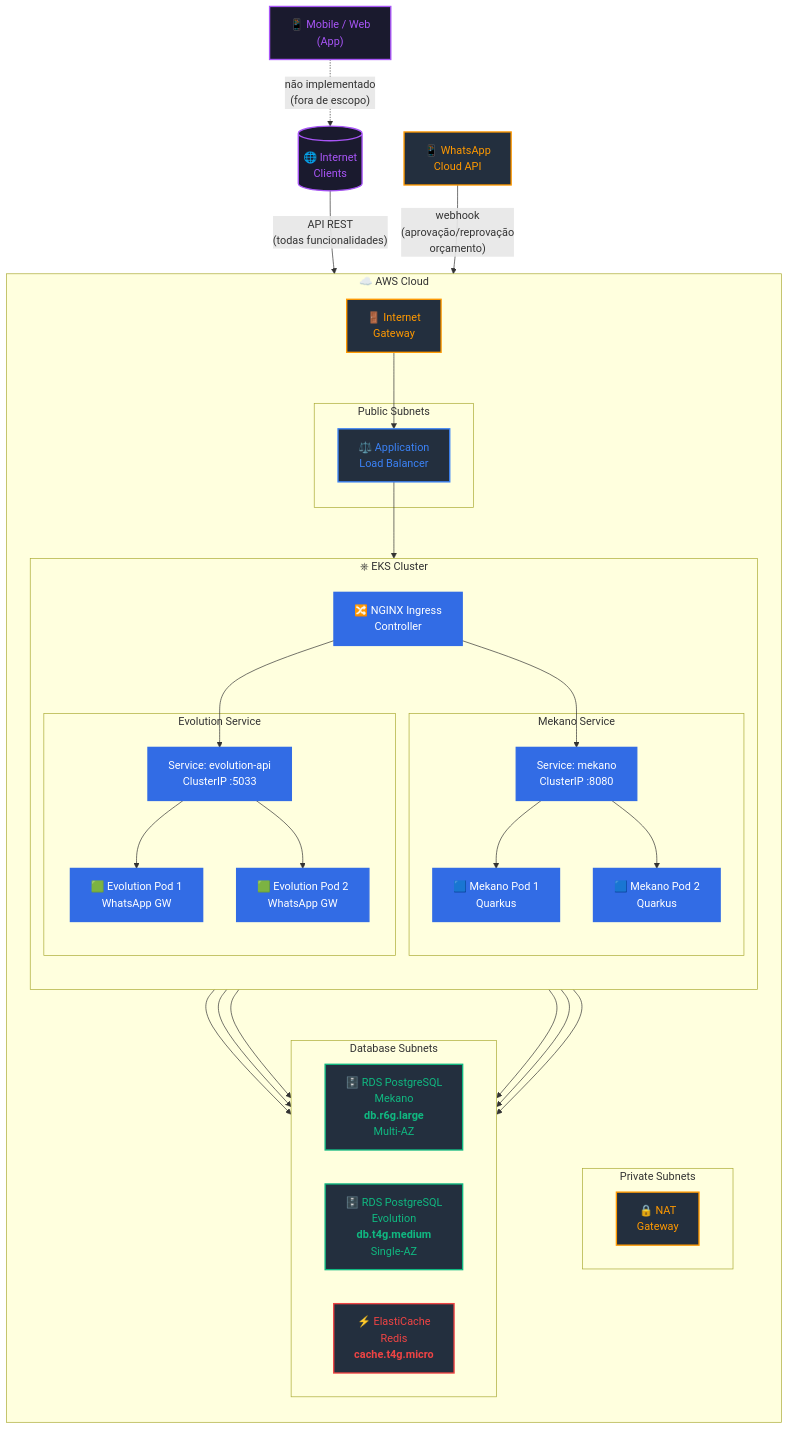
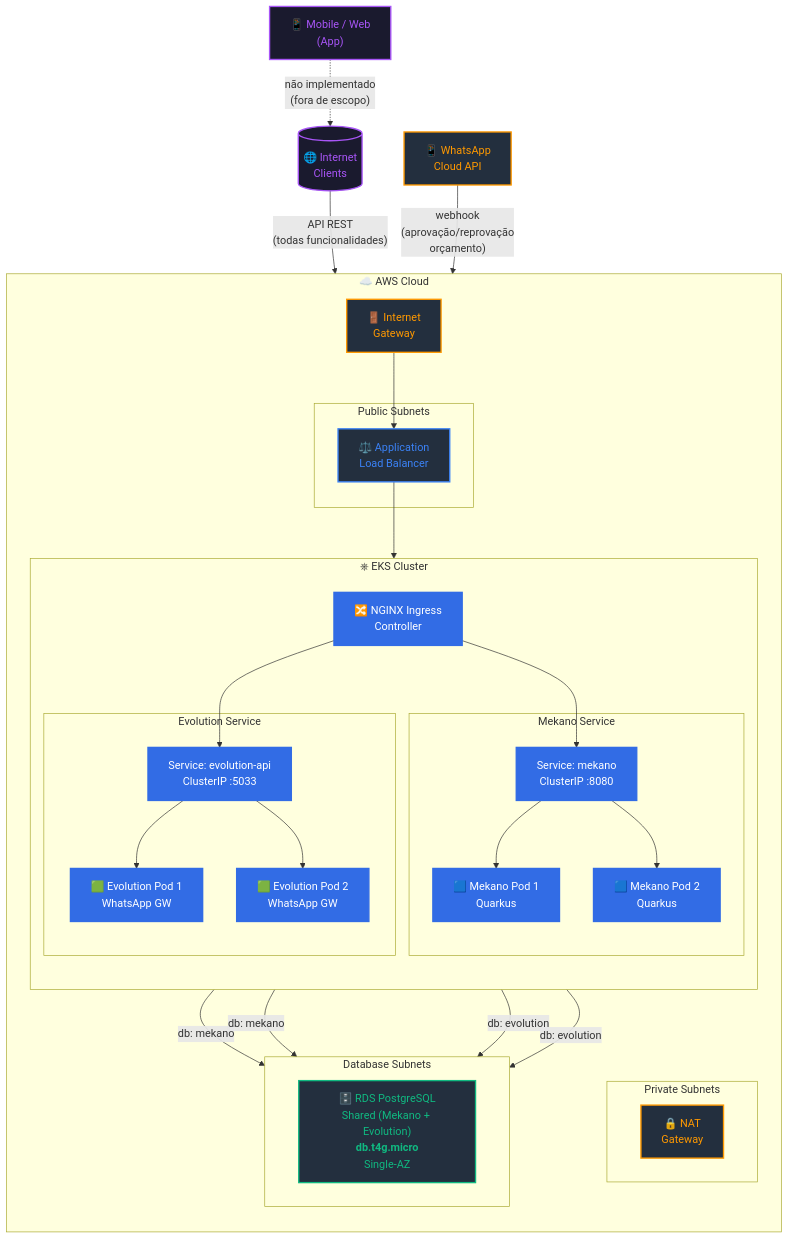
The first of 3 diagrams in docs/aws-infrastructure/global-scope-architecture.md (FIAP-SOFTWARE-ARCHITECTURE-TEAM/Mekano-API), drawn with Mermaid before and after one commit. The commit also changed other lines of this file and 1 other file, not shown here.

Commit message:
feat: update VPC and global architecture diagrams for shared database integration

````diff
--- a/docs/aws-infrastructure/global-scope-architecture.md
+++ b/docs/aws-infrastructure/global-scope-architecture.md
@@ -10,79 +10,73 @@
 ```mermaid
 graph TB
     classDef internet fill:#1a1a2e,color:#fff,stroke:#16213e,stroke-width:2px
     classDef aws_network fill:#232f3e,color:#ff9900,stroke:#ff9900,stroke-width:2px
     classDef aws_compute fill:#232f3e,color:#3b82f6,stroke:#3b82f6,stroke-width:2px
     classDef aws_database fill:#232f3e,color:#10b981,stroke:#10b981,stroke-width:2px
-    classDef aws_cache fill:#232f3e,color:#ef4444,stroke:#ef4444,stroke-width:2px
     classDef external fill:#1a1a2e,color:#a855f7,stroke:#a855f7,stroke-width:2px
     classDef k8s fill:#326ce5,color:#fff,stroke:#326ce5,stroke-width:2px
 
     CLIENT[("🌐 Internet<br/>Clients")]
     MOBILE["📱 Mobile / Web<br/>(App)"]
     EXT_API["📱 WhatsApp<br/>Cloud API"]
 
     subgraph AWS["☁️ AWS Cloud"]
         direction TB
 
         IGW["🚪 Internet<br/>Gateway"]
 
         subgraph PUBLIC["Public Subnets"]
             ALB["⚖️ Application<br/>Load Balancer"]
         end
 
         subgraph EKS["⎈ EKS Cluster"]
             direction TB
             INGRESS["🔀 NGINX Ingress<br/>Controller"]
 
             subgraph MEKANO_APP["Mekano Service"]
                 SVC_MEK["Service: mekano<br/>ClusterIP :8080"]
                 POD_M1["🟦 Mekano Pod 1<br/>Quarkus"]
                 POD_M2["🟦 Mekano Pod 2<br/>Quarkus"]
             end
 
             subgraph EVOLUTION_APP["Evolution Service"]
                 SVC_EVO["Service: evolution-api<br/>ClusterIP :5033"]
                 POD_E1["🟩 Evolution Pod 1<br/>WhatsApp GW"]
                 POD_E2["🟩 Evolution Pod 2<br/>WhatsApp GW"]
             end
         end
 
         subgraph PRIVATE["Private Subnets"]
             NAT["🔒 NAT<br/>Gateway"]
         end
 
-        subgraph DATABASE["Database Subnets"]
-            direction LR
-            RDS_MEK["🗄️ RDS PostgreSQL<br/>Mekano<br/><b>db.r6g.large</b><br/>Multi-AZ"]
-            RDS_EVO["🗄️ RDS PostgreSQL<br/>Evolution<br/><b>db.t4g.medium</b><br/>Single-AZ"]
-            REDIS["⚡ ElastiCache<br/>Redis<br/><b>cache.t4g.micro</b>"]
-        end
+    subgraph DATABASE["Database Subnets"]
+        direction LR
+        RDS["🗄️ RDS PostgreSQL<br/>Shared (Mekano + Evolution)<br/><b>db.t4g.micro</b><br/>Single-AZ"]
+    end
     end
 
     CLIENT -->|"API REST<br/>(todas funcionalidades)"| IGW
     MOBILE -.->|"não implementado<br/>(fora de escopo)"| CLIENT
     EXT_API -->|"webhook<br/>(aprovação/reprovação<br/>orçamento)"| IGW
     IGW --> ALB
     ALB --> INGRESS
     INGRESS --> SVC_MEK
     INGRESS --> SVC_EVO
     SVC_MEK --> POD_M1
     SVC_MEK --> POD_M2
     SVC_EVO --> POD_E1
     SVC_EVO --> POD_E2
-    POD_M1 --> RDS_MEK
-    POD_M2 --> RDS_MEK
-    POD_E1 --> RDS_EVO
-    POD_E2 --> RDS_EVO
-    POD_E1 --> REDIS
-    POD_E2 --> REDIS
+    POD_M1 -->|"db: mekano"| RDS
+    POD_M2 -->|"db: mekano"| RDS
+    POD_E1 -->|"db: evolution"| RDS
+    POD_E2 -->|"db: evolution"| RDS
 
     class CLIENT,MOBILE external
     class EXT_API aws_network
     class IGW aws_network
     class ALB aws_compute
     class INGRESS,SVC_MEK,SVC_EVO,POD_M1,POD_M2,POD_E1,POD_E2 k8s
-    class RDS_MEK,RDS_EVO aws_database
-    class REDIS aws_cache
+    class RDS aws_database
     class NAT aws_network
 ```
````
